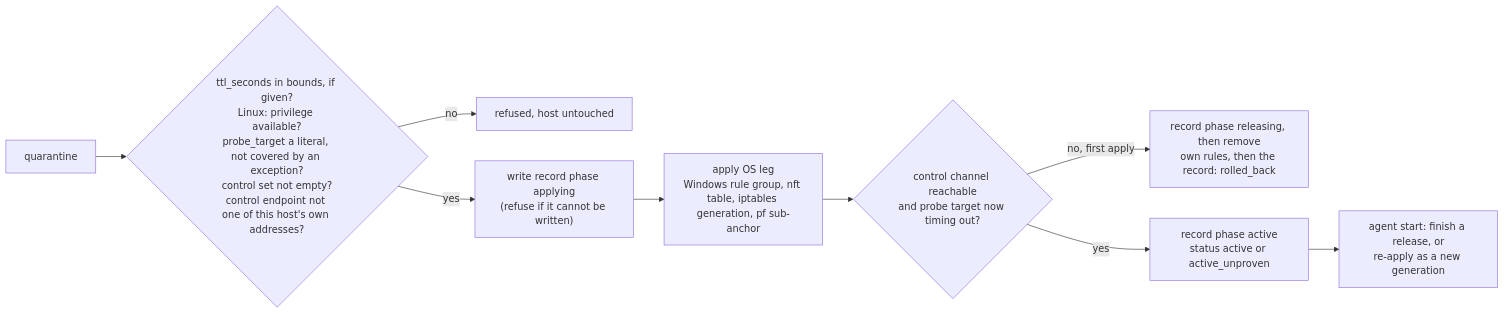
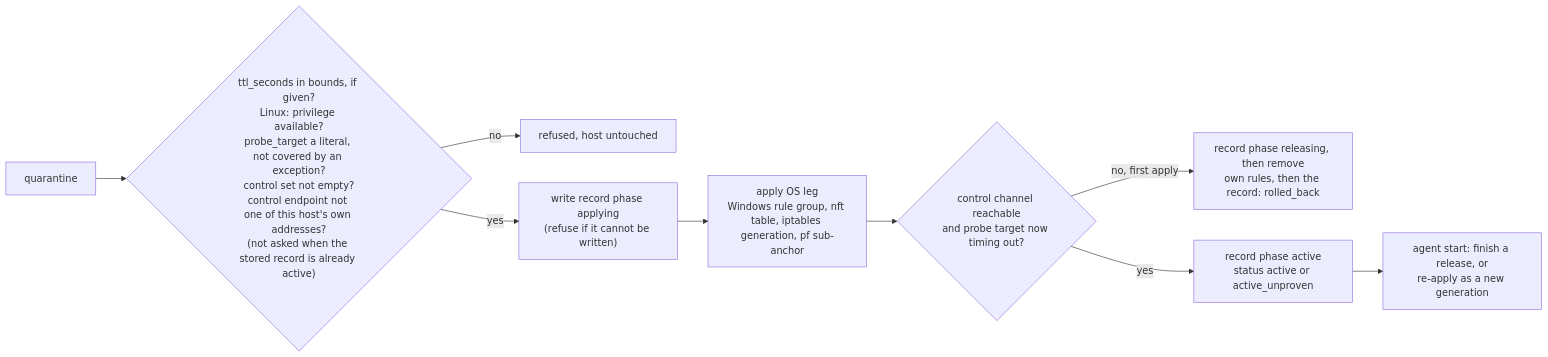
The second of 4 diagrams in agents/plugins/firewall/README.md (DevNullLtd/Yuzu), drawn with Mermaid before and after one commit. The commit also changed other lines of this file and 28 other files, not shown here.

````diff
--- a/agents/plugins/firewall/README.md
+++ b/agents/plugins/firewall/README.md
@@ -61,11 +61,11 @@
 ```mermaid
 flowchart LR
-  Q["quarantine"] --> V{"ttl_seconds in bounds, if given?<br/>Linux: privilege available?<br/>probe_target a literal, not covered by an exception?<br/>control set not empty?<br/>control endpoint not one of this host's own addresses?"}
+  Q["quarantine"] --> V{"ttl_seconds in bounds, if given?<br/>Linux: privilege available?<br/>probe_target a literal, not covered by an exception?<br/>control set not empty?<br/>control endpoint not one of this host's own addresses?<br/>(not asked when the stored record is already active)"}
   V -- "no" --> R["refused, host untouched"]
   V -- "yes" --> REC["write record phase applying<br/>(refuse if it cannot be written)"]
   REC --> AP["apply OS leg<br/>Windows rule group, nft table, iptables generation, pf sub-anchor"]
   AP --> VF{"control channel reachable<br/>and probe target now timing out?"}
   VF -- "no, first apply" --> RB["record phase releasing, then remove<br/>own rules, then the record: rolled_back"]
   VF -- "yes" --> ACT["record phase active<br/>status active or active_unproven"]
   ACT --> INIT["agent start: finish a release, or<br/>re-apply as a new generation"]
 ```
````
